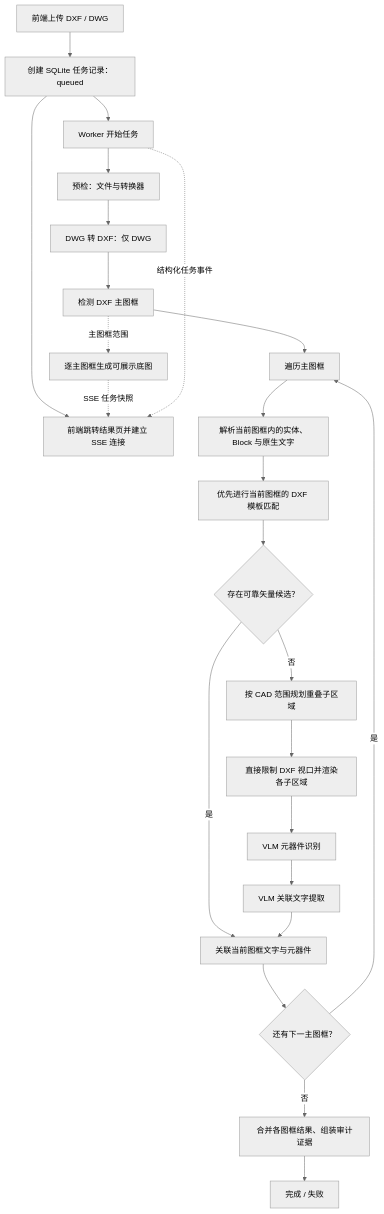
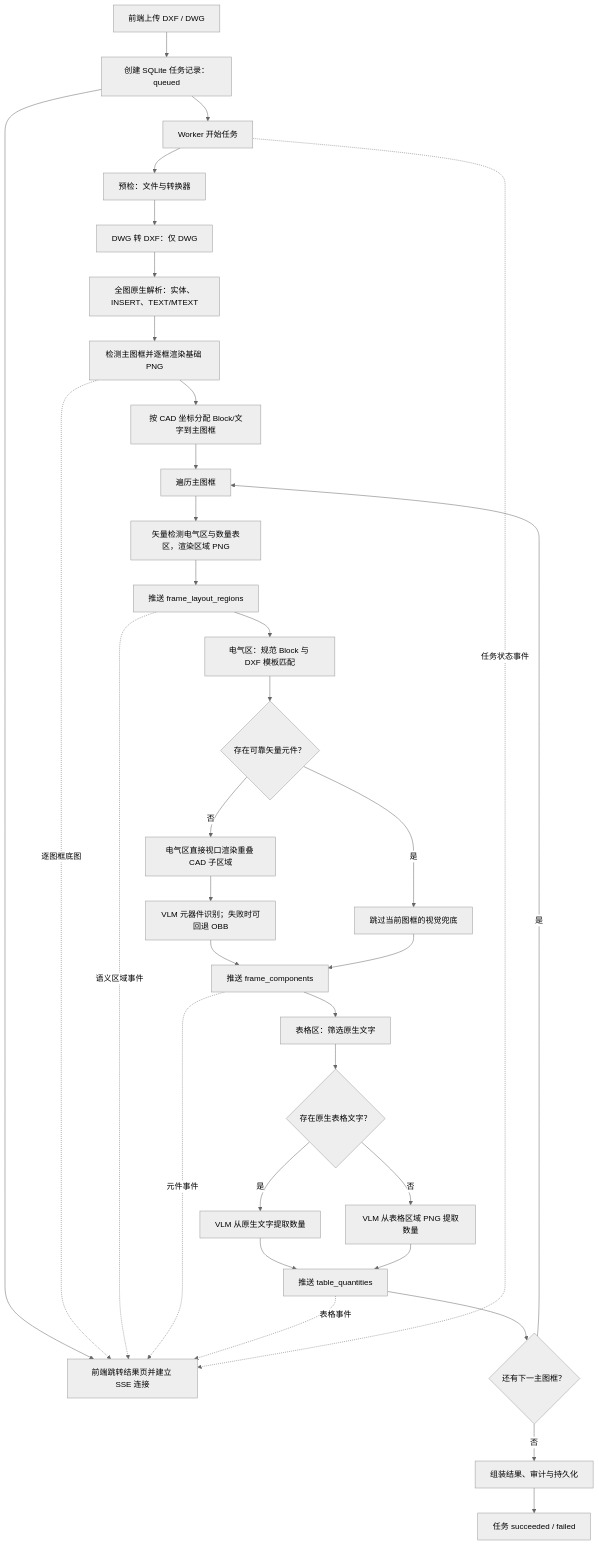
Before and after one commit to iawen/cad-recognition: the diagram in docs/任务流与前端实时进度反馈.md, drawn with Mermaid (neutral theme). The commit also changed other lines of this file and 25 other files, not shown here.

Commit message:
主框图的继续拆分；前端的区域重新选择和重新识别

````diff
--- a/docs/任务流与前端实时进度反馈.md
+++ b/docs/任务流与前端实时进度反馈.md
@@ -7,26 +9,36 @@
 ```mermaid
 flowchart TD
     A[前端上传 DXF / DWG] --> B[创建 SQLite 任务记录：queued]
     B --> C[前端跳转结果页并建立 SSE 连接]
     B --> D[Worker 开始任务]
     D --> E[预检：文件与转换器]
     E --> F[DWG 转 DXF：仅 DWG]
-    F --> G[检测 DXF 主图框]
-    G --> H[遍历主图框]
-    H --> I[解析当前图框内的实体、Block 与原生文字]
-    I --> J[优先进行当前图框的 DXF 模板匹配]
-    J --> K{存在可靠矢量候选？}
-    K -->|否| L[按 CAD 范围规划重叠子区域]
-    L --> M[直接限制 DXF 视口并渲染各子区域]
-    M --> N[VLM 元器件识别]
-    N --> O[VLM 关联文字提取]
-    K -->|是| P[关联当前图框文字与元器件]
-    O --> P
-    P --> Q{还有下一主图框？}
-    Q -->|是| H
-    Q -->|否| R[合并各图框结果、组装审计证据]
-    R --> S[完成 / 失败]
-    G -.主图框范围.-> T[逐主图框生成可展示底图]
-    T -.SSE 任务快照.-> C
-    D -.结构化任务事件.-> C
+    F --> G[全图原生解析：实体、INSERT、TEXT/MTEXT]
+    G --> H[检测主图框并逐框渲染基础 PNG]
+    H --> I[按 CAD 坐标分配 Block/文字到主图框]
+    I --> J[遍历主图框]
+    J --> K[矢量检测电气区与数量表区，渲染区域 PNG]
+    K --> L[推送 frame_layout_regions]
+    L --> M[电气区：规范 Block 与 DXF 模板匹配]
+    M --> N{存在可靠矢量元件？}
+    N -->|否| O[电气区直接视口渲染重叠 CAD 子区域]
+    O --> P[VLM 元器件识别；失败时可回退 OBB]
+    N -->|是| Q[跳过当前图框的视觉兜底]
+    P --> R[推送 frame_components]
+    Q --> R
+    R --> S[表格区：筛选原生文字]
+    S --> T{存在原生表格文字？}
+    T -->|是| U[VLM 从原生文字提取数量]
+    T -->|否| V[VLM 从表格区域 PNG 提取数量]
+    U --> W[推送 table_quantities]
+    V --> W
+    W --> X{还有下一主图框？}
+    X -->|是| J
+    X -->|否| Y[组装结果、审计与持久化]
+    Y --> Z[任务 succeeded / failed]
+    H -.逐图框底图.-> C
+    L -.语义区域事件.-> C
+    R -.元件事件.-> C
+    W -.表格事件.-> C
+    D -.任务状态事件.-> C
 ```
````
